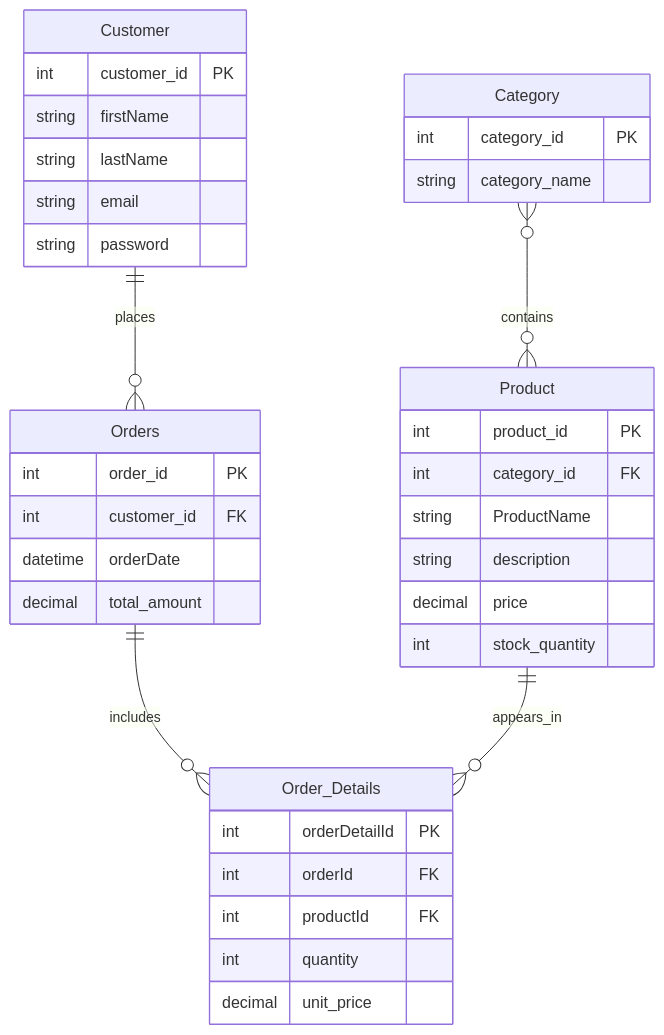
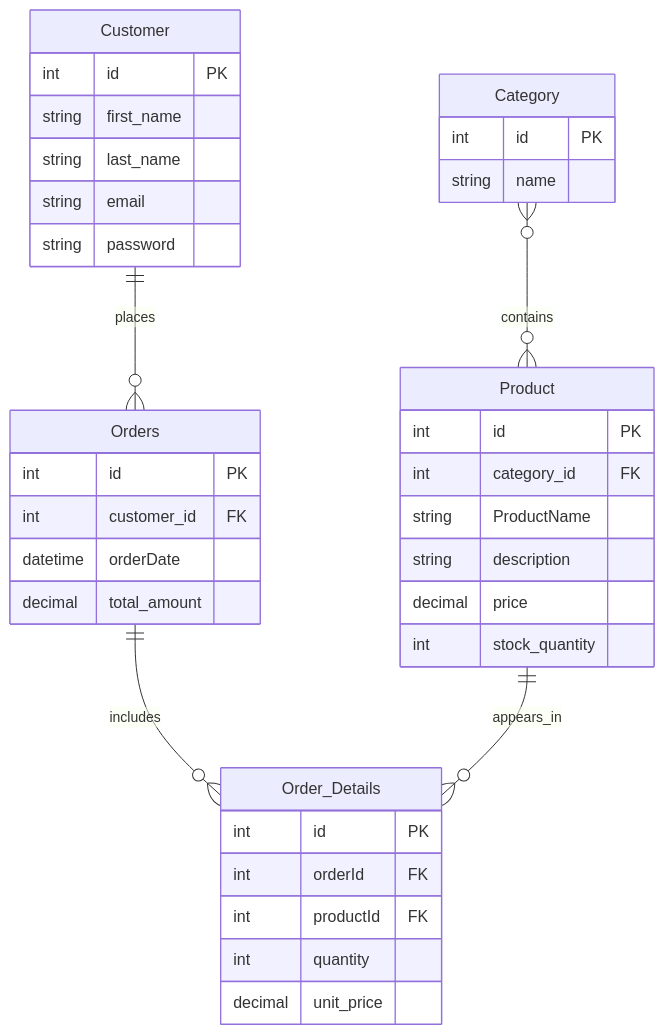
One commit to YoussefMohamed101/E-Commerce changed the diagram in README.md. Above: the diagram before and after it, drawn with Mermaid.

Commit message:
update ERD

````diff
--- a/README.md
+++ b/README.md
@@ -177,44 +177,44 @@
 ```mermaid
 erDiagram
     Category }o--o{ Product : contains
     Customer ||--o{ Orders : places
     Orders ||--o{ Order_Details : includes
     Product ||--o{ Order_Details : appears_in
 
     Category {
-        int category_id PK
-        string category_name
+        int id PK
+        string name
     }
 
     Product {
-        int product_id PK
+        int id PK
         int category_id FK
         string ProductName
         string description
         decimal price
         int stock_quantity
     }
 
     Customer {
-        int customer_id PK
-        string firstName
-        string lastName
+        int id PK
+        string first_name
+        string last_name
         string email
         string password
     }
 
     Orders {
-        int order_id PK
+        int id PK
         int customer_id FK
         datetime orderDate
         decimal total_amount
     }
 
     Order_Details {
-        int orderDetailId PK
+        int id PK
         int orderId FK
         int productId FK
         int quantity
         decimal unit_price
     }
 ```
````
